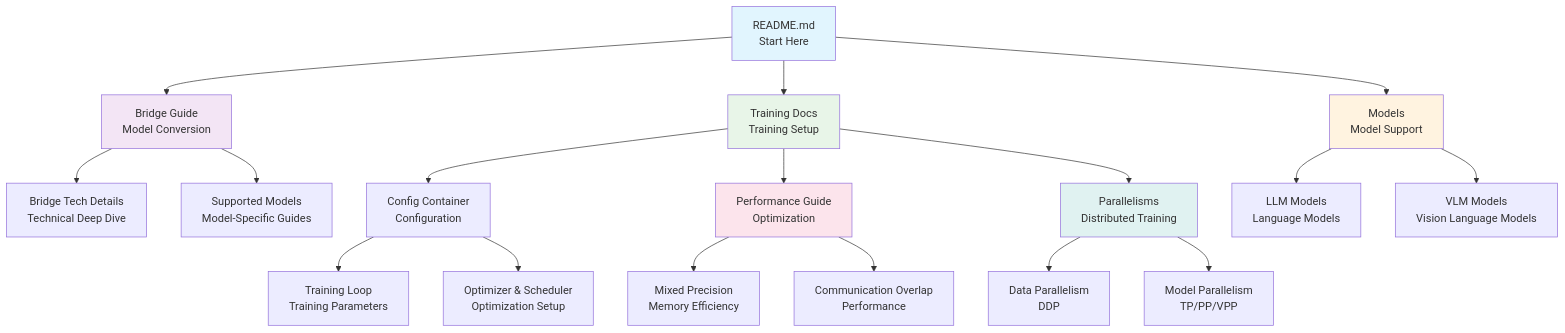
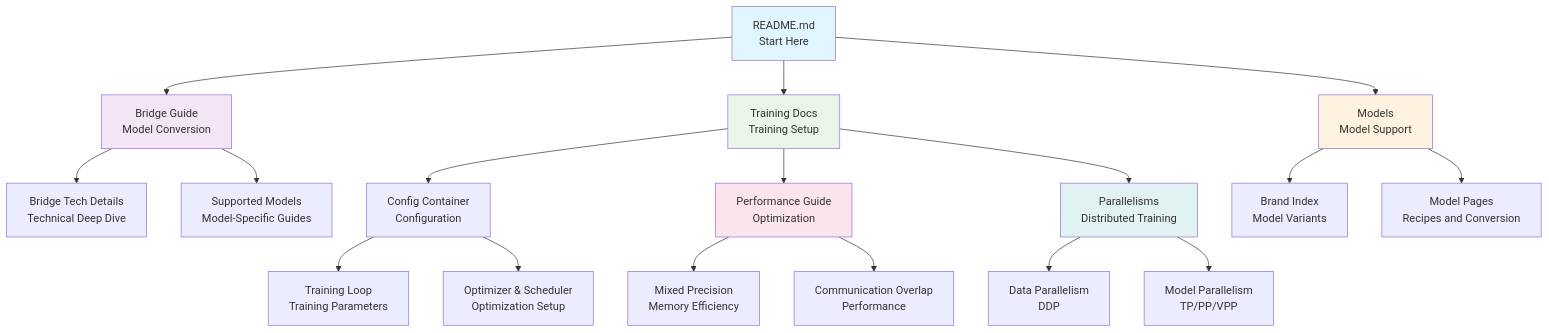
One commit to NVIDIA-NeMo/Megatron-Bridge changed the diagram in docs/README.md. Above: the diagram before and after it, drawn with Mermaid. The commit also changed other lines of this file and 56 other files, not shown here.

Commit message:
[docs] refactor: Organize model docs by brand

````diff
--- a/docs/README.md
+++ b/docs/README.md
@@ -220,32 +216,32 @@
 ```mermaid
 graph TD
     A[README.md<br/>Start Here] --> B[Bridge Guide<br/>Model Conversion]
     A --> C[Training Docs<br/>Training Setup]
     A --> D[Models<br/>Model Support]
     
     B --> E[Bridge Tech Details<br/>Technical Deep Dive]
     B --> F[Supported Models<br/>Model-Specific Guides]
     
     C --> G[Config Container<br/>Configuration]
     C --> H[Performance Guide<br/>Optimization]
     C --> I[Parallelisms<br/>Distributed Training]
     
     G --> J[Training Loop<br/>Training Parameters]
     G --> K[Optimizer & Scheduler<br/>Optimization Setup]
     
     H --> L[Mixed Precision<br/>Memory Efficiency]
     H --> M[Communication Overlap<br/>Performance]
     
     I --> N[Data Parallelism<br/>DDP]
     I --> O[Model Parallelism<br/>TP/PP/VPP]
     
-    D --> P[LLM Models<br/>Language Models]
-    D --> Q[VLM Models<br/>Vision Language Models]
+    D --> P[Brand Index<br/>Model Variants]
+    D --> Q[Model Pages<br/>Recipes and Conversion]
     
     style A fill:#e1f5fe
     style B fill:#f3e5f5
     style C fill:#e8f5e8
     style D fill:#fff3e0
     style H fill:#fce4ec
     style I fill:#e0f2f1
 ```
````
